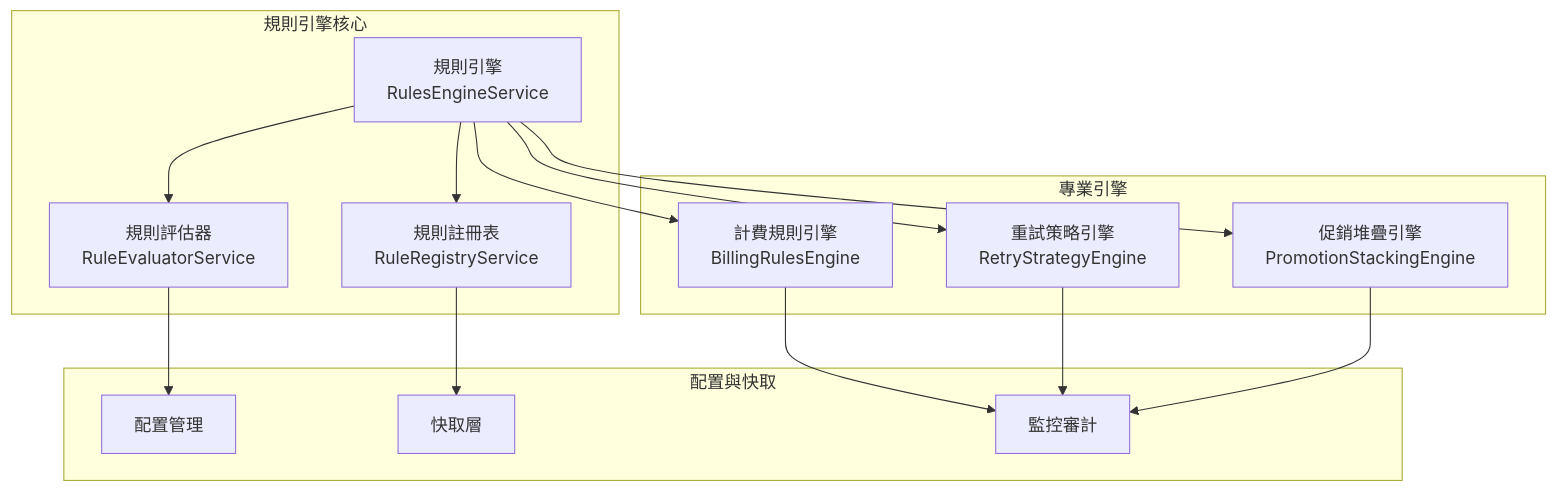
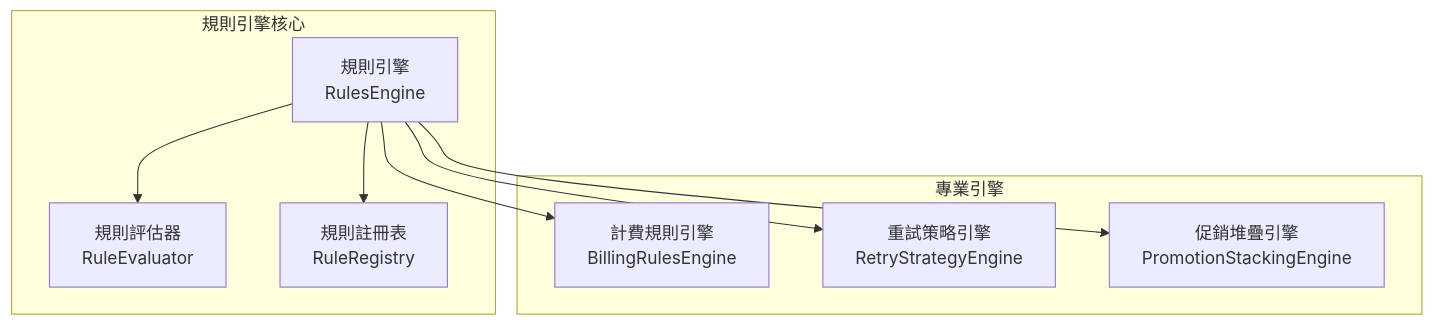
The diagram in docs/architecture/business-rules-engine.md (xxxhand/auto-payment-sample), drawn with Mermaid before and after one commit. The commit also changed other lines of this file and 10 other files, not shown here.

````diff
--- a/docs/architecture/business-rules-engine.md
+++ b/docs/architecture/business-rules-engine.md
@@ -17,33 +24,20 @@
 ```mermaid
 graph TB
     subgraph "規則引擎核心"
-        ENGINE[規則引擎<br/>RulesEngineService]
-        EVALUATOR[規則評估器<br/>RuleEvaluatorService]
-        REGISTRY[規則註冊表<br/>RuleRegistryService]
+        ENGINE[規則引擎<br/>RulesEngine]
+        EVALUATOR[規則評估器<br/>RuleEvaluator]
+        REGISTRY[規則註冊表<br/>RuleRegistry]
     end
     
     subgraph "專業引擎"
         BILLING[計費規則引擎<br/>BillingRulesEngine]
         RETRY[重試策略引擎<br/>RetryStrategyEngine]
         PROMO[促銷堆疊引擎<br/>PromotionStackingEngine]
     end
-    
-    subgraph "配置與快取"
-        CONFIG[配置管理]
-        CACHE[快取層]
-        MONITOR[監控審計]
-    end
-    
+
     ENGINE --> EVALUATOR
     ENGINE --> REGISTRY
-    EVALUATOR --> CONFIG
-    REGISTRY --> CACHE
-    
     ENGINE --> BILLING
     ENGINE --> RETRY
     ENGINE --> PROMO
-    
-    BILLING --> MONITOR
-    RETRY --> MONITOR
-    PROMO --> MONITOR
 ```
````
